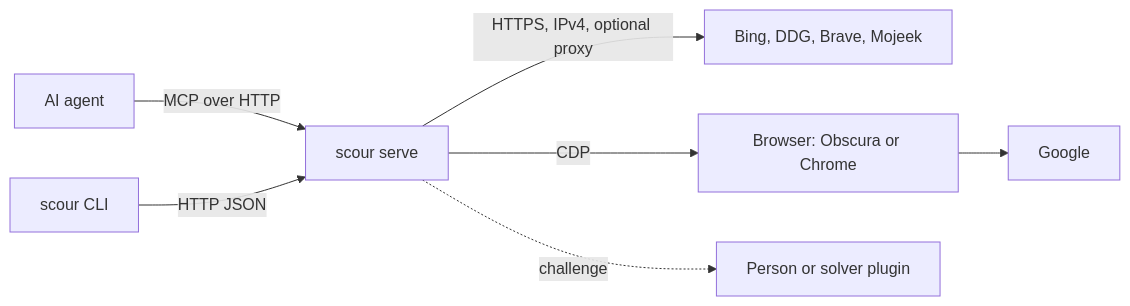
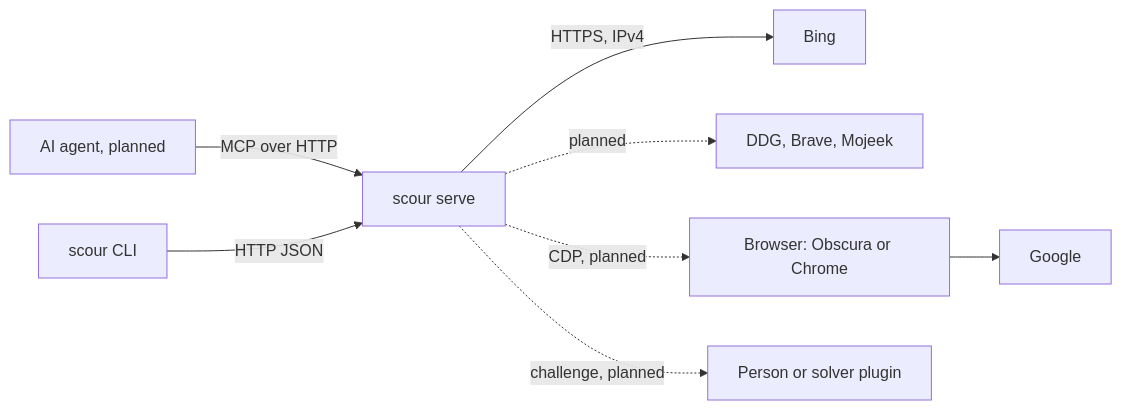
The diagram in docs/architecture.md (shantanugoel/scour), drawn with Mermaid before and after one commit. The commit also changed other lines of this file and 14 other files, not shown here.

First line of the commit message:
Set up scour serve and scour search with Bing (#6)

````diff
--- a/docs/architecture.md
+++ b/docs/architecture.md
@@ -15,8 +14,9 @@
 ```mermaid
 flowchart LR
-  agent[AI agent] -- MCP over HTTP --> d[scour serve]
+  agent[AI agent, planned] -- MCP over HTTP --> d[scour serve]
   cli[scour CLI] -- HTTP JSON --> d
-  d -- HTTPS, IPv4, optional proxy --> eng[Bing, DDG, Brave, Mojeek]
-  d -- CDP --> br[Browser: Obscura or Chrome] --> g[Google]
-  d -. challenge .-> sol[Person or solver plugin]
+  d -- HTTPS, IPv4 --> bing[Bing]
+  d -. planned .-> eng[DDG, Brave, Mojeek]
+  d -. CDP, planned .-> br[Browser: Obscura or Chrome] --> g[Google]
+  d -. challenge, planned .-> sol[Person or solver plugin]
 ```
````
